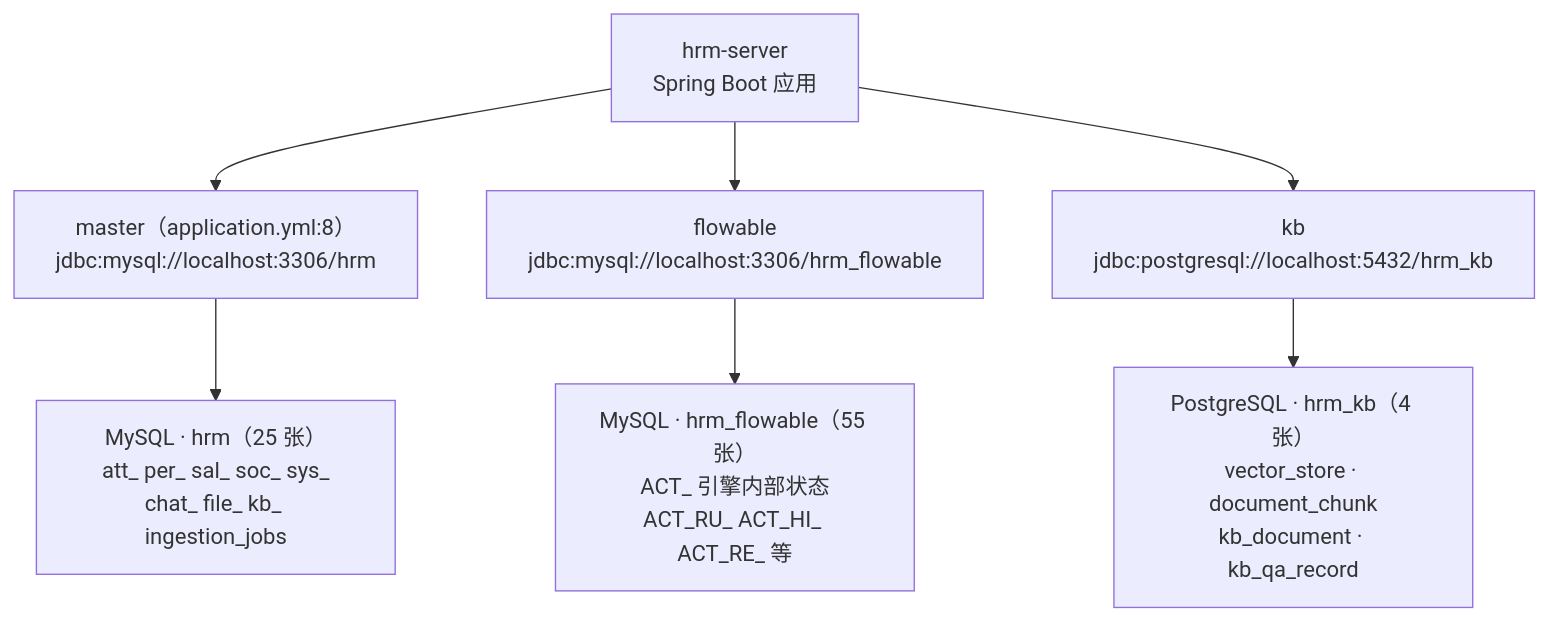
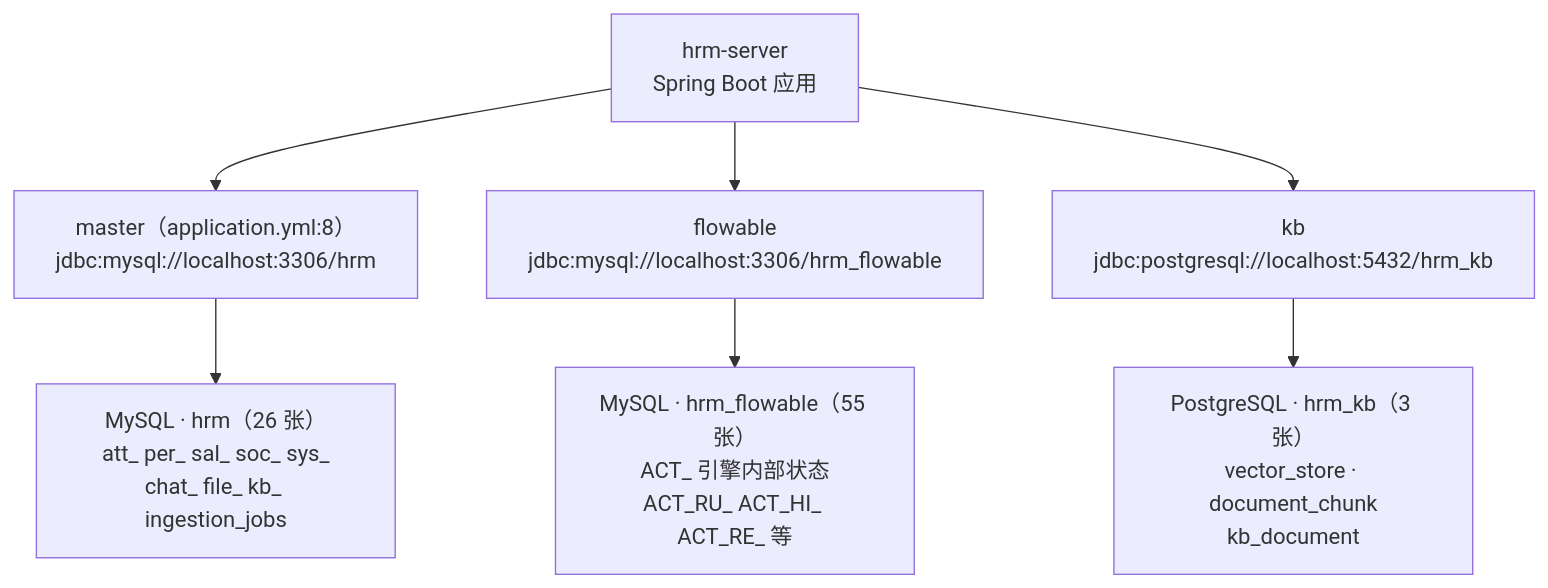
Before and after one commit to quuuuj/hrm: the first of 2 diagrams in docs/note/06-表结构设计与三库分工.md, drawn with Mermaid. The commit also changed other lines of this file and 15 other files, not shown here.

First line of the commit message:
refactor(chat): QA 记录迁入 MySQL 并补写引用明细

````diff
--- a/docs/note/06-表结构设计与三库分工.md
+++ b/docs/note/06-表结构设计与三库分工.md
@@ -21,12 +21,12 @@
 ```mermaid
 flowchart TD
     App["hrm-server<br/>Spring Boot 应用"]
 
     App --> Master["master（application.yml:8）<br/>jdbc:mysql://localhost:3306/hrm"]
     App --> Flow["flowable<br/>jdbc:mysql://localhost:3306/hrm_flowable"]
     App --> KB["kb<br/>jdbc:postgresql://localhost:5432/hrm_kb"]
 
-    Master --> DB1["MySQL · hrm（25 张）<br/>att_ per_ sal_ soc_ sys_<br/>chat_ file_ kb_ ingestion_jobs"]
+    Master --> DB1["MySQL · hrm（26 张）<br/>att_ per_ sal_ soc_ sys_<br/>chat_ file_ kb_ ingestion_jobs"]
     Flow --> DB2["MySQL · hrm_flowable（55 张）<br/>ACT_ 引擎内部状态<br/>ACT_RU_ ACT_HI_ ACT_RE_ 等"]
-    KB --> DB3["PostgreSQL · hrm_kb（4 张）<br/>vector_store · document_chunk<br/>kb_document · kb_qa_record"]
+    KB --> DB3["PostgreSQL · hrm_kb（3 张）<br/>vector_store · document_chunk<br/>kb_document"]
 ```
````
